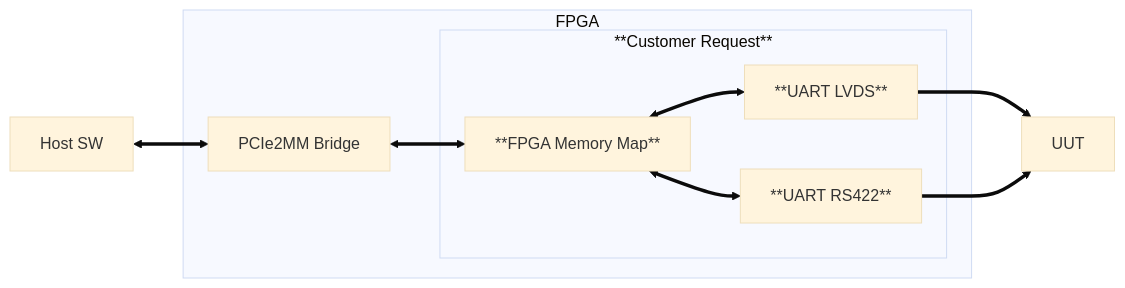
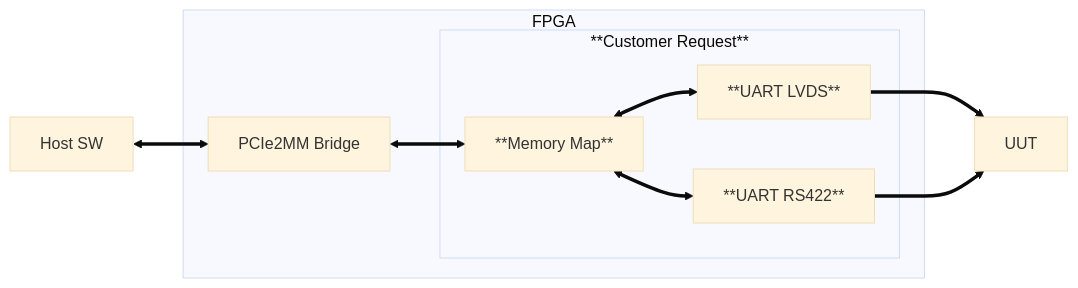
One commit to roajonny/common changed the diagram in docs/source/project/introduction.rst. Above: the diagram before and after it, drawn with Mermaid (base theme).

Commit message:
Updates name in intro diagram

```diff
--- a/docs/source/project/introduction.rst
+++ b/docs/source/project/introduction.rst
@@ -15,13 +15,13 @@
 .. mermaid::
 
    flowchart LR
        host[Host SW] <==> a[PCIe2MM Bridge]
        subgraph FPGA
-           a[PCIe2MM Bridge] <==> b[**FPGA Memory Map**]
+           a[PCIe2MM Bridge] <==> b[**Memory Map**]
            subgraph **Customer Request**
-               b[**FPGA Memory Map**] <==> c[**UART LVDS**]
-               b[**FPGA Memory Map**] <==> d[**UART RS422**]
+               b[**Memory Map**] <==> c[**UART LVDS**]
+               b[**Memory Map**] <==> d[**UART RS422**]
            end
        end
        c[**UART LVDS**]  ==> e[UUT]
        d[**UART RS422**] ==> e[UUT]
```
